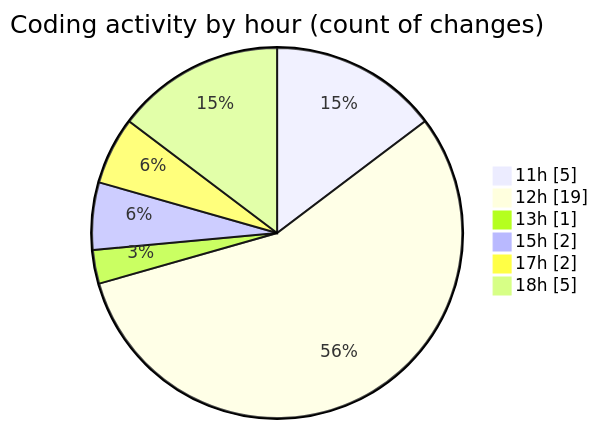
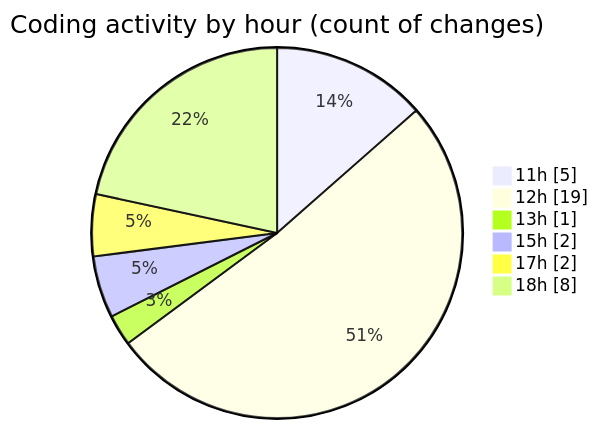
Before and after one commit to nxtqubesakshisongat/code-tracking: the second of 2 diagrams in 2026-01-21/nxtqube_webapp/README.md, drawn with Mermaid. The commit also changed other lines of this file and 1 other file, not shown here.

````diff
--- a/2026-01-21/nxtqube_webapp/README.md
+++ b/2026-01-21/nxtqube_webapp/README.md
@@ -44,10 +46,10 @@
 ```mermaid
 pie showData
 title Coding activity by hour (count of changes)
 "11h" : 5
 "12h" : 19
 "13h" : 1
 "15h" : 2
 "17h" : 2
-"18h" : 5
+"18h" : 8
 ```
````
